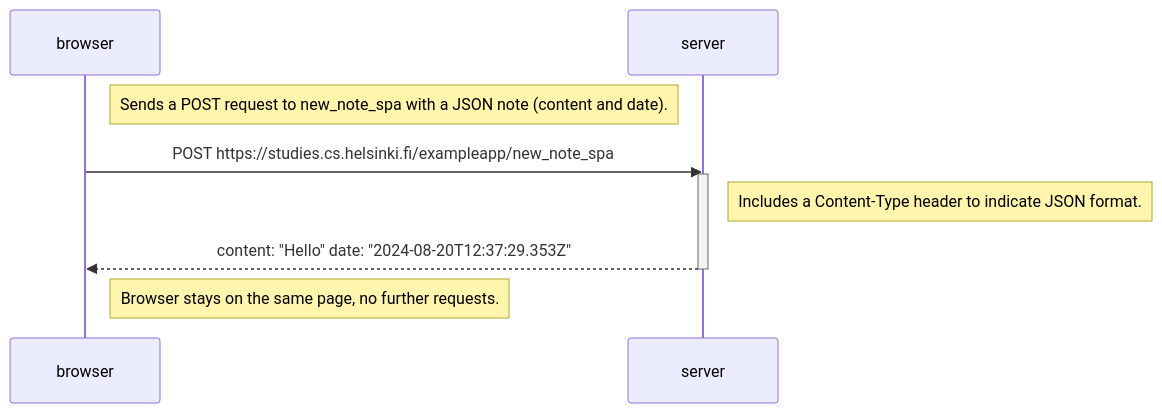
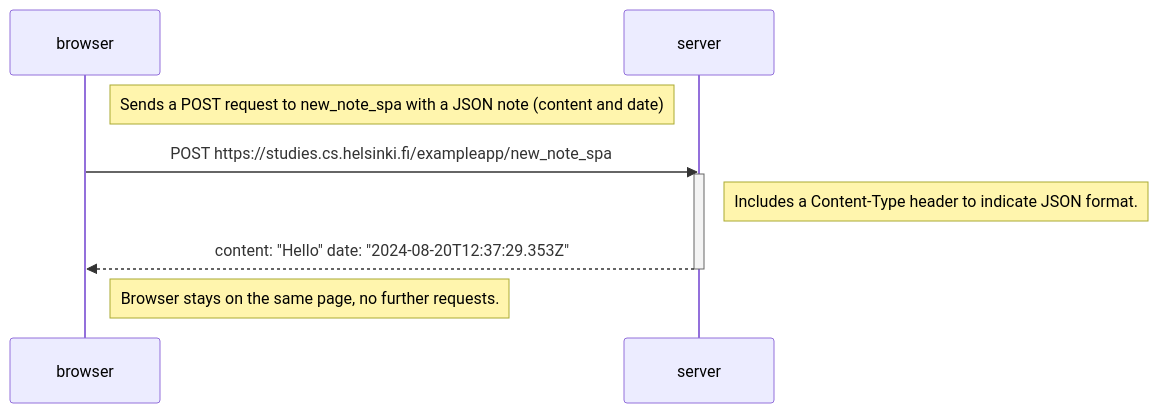
The diagram in osa0/6.md (RGH84/FullStack-HY), drawn with Mermaid before and after one commit.

````diff
--- a/osa0/6.md
+++ b/osa0/6.md
@@ -1,13 +1,17 @@
 ```mermaid
   sequenceDiagram
       participant browser
       participant server
 
-      Note right of browser: Sends a POST request to new_note_spa with a JSON note (content and date).
+      Note right of browser: Sends a POST request to new_note_spa with a JSON note (content and date)
+
       browser->>server: POST https://studies.cs.helsinki.fi/exampleapp/new_note_spa
       activate server
+
       Note right of server: Includes a Content-Type header to indicate JSON format.
+
       server-->>browser: content: "Hello" date: "2024-08-20T12:37:29.353Z"
       deactivate server
+
       Note right of browser: Browser stays on the same page, no further requests.
 ```
````
